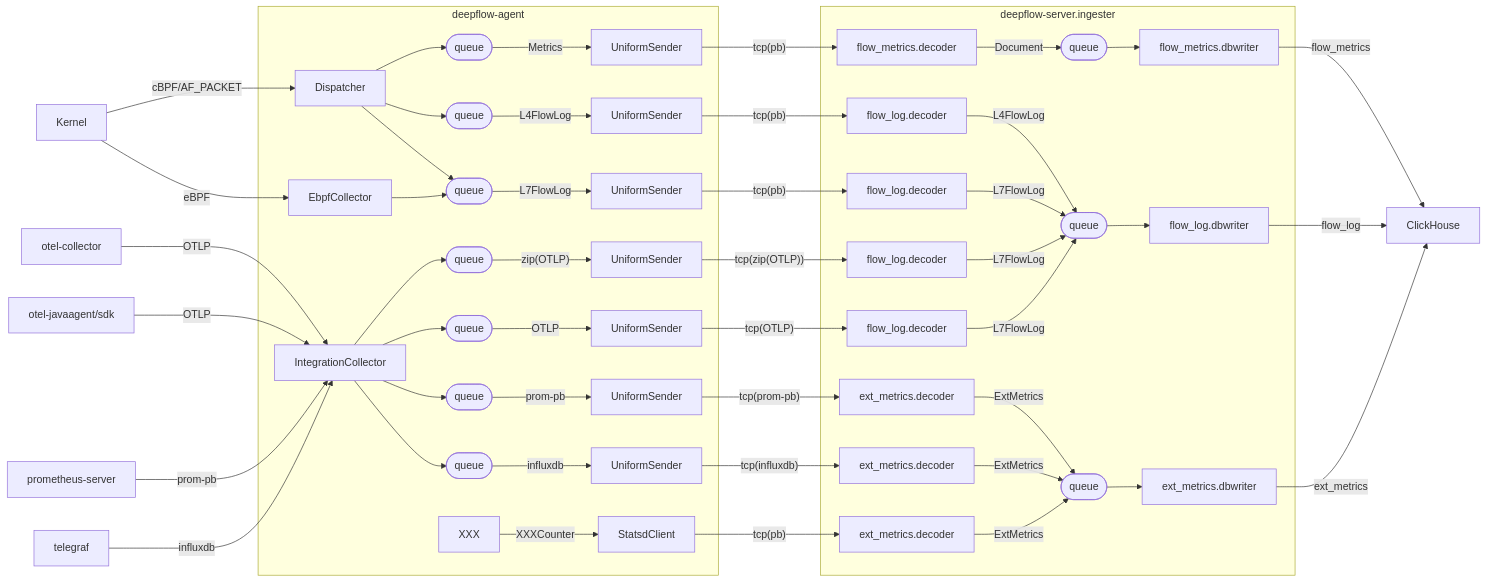
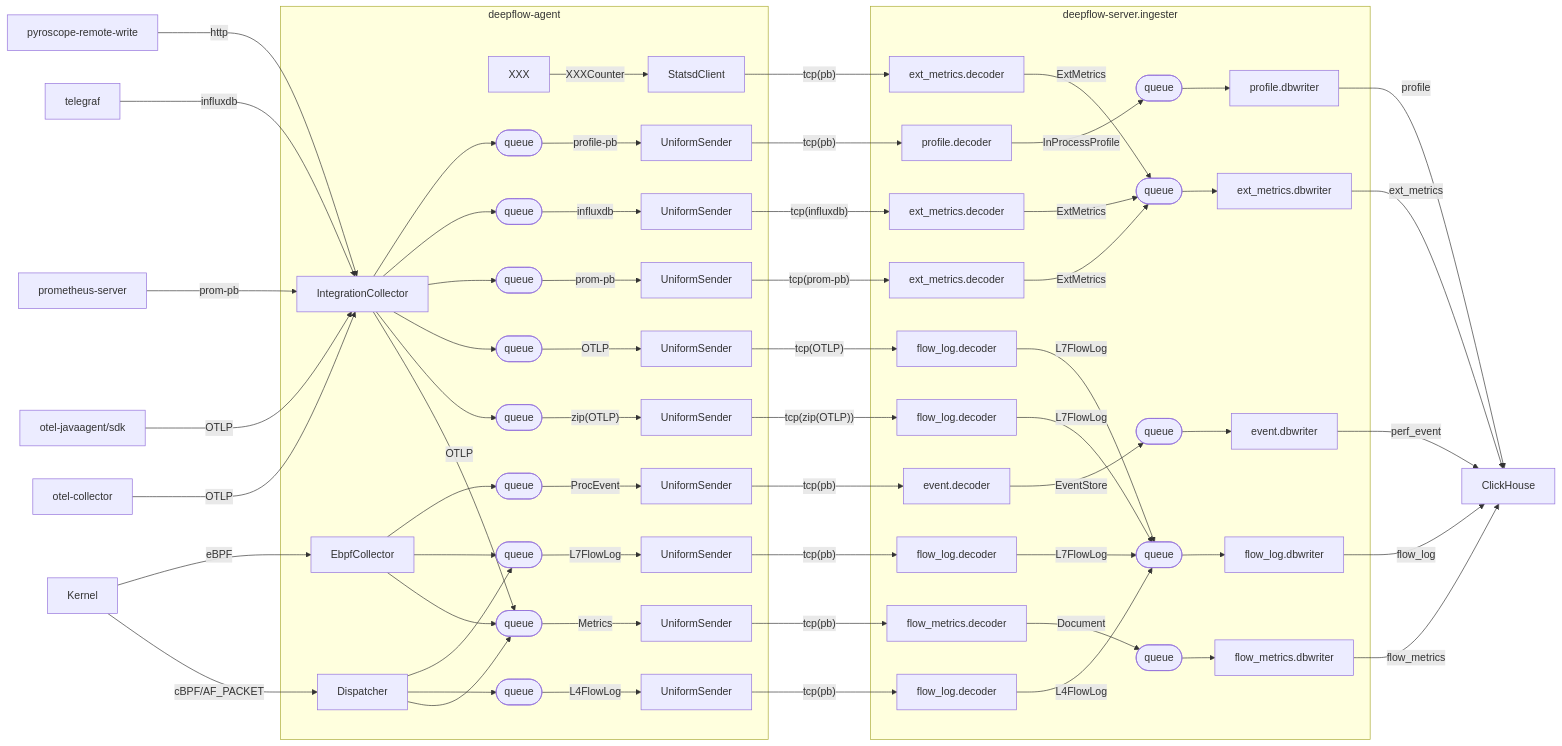
The first of 6 diagrams in docs/design/data-flow.md (deepflowio/deepflow), drawn with Mermaid before and after one commit.

Commit message:
[DOC] change dataflow doc

````diff
--- a/docs/design/data-flow.md
+++ b/docs/design/data-flow.md
@@ -18,6 +18,8 @@
   agent.queue.5(["queue"])
   agent.queue.6(["queue"])
   agent.queue.7(["queue"])
+  agent.queue.8(["queue"])
+  agent.queue.9(["queue"])
   UniformSender.1["UniformSender"]
   UniformSender.2["UniformSender"]
   UniformSender.3["UniformSender"]
@@ -25,6 +27,8 @@
   UniformSender.5["UniformSender"]
   UniformSender.6["UniformSender"]
   UniformSender.7["UniformSender"]
+  UniformSender.8["UniformSender"]
+  UniformSender.9["UniformSender"]
 end
 
 subgraph deepflow-server.ingester
@@ -36,12 +40,18 @@
   ext_metrics.decoder.1["ext_metrics.decoder"]
   ext_metrics.decoder.2["ext_metrics.decoder"]
   ext_metrics.decoder.3["ext_metrics.decoder"]
+  event.decoder["event.decoder"]
+  profile.decoder["profile.decoder"]
   ingester.queue.1(["queue"])
   ingester.queue.2(["queue"])
   ingester.queue.3(["queue"])
+  ingester.queue.4(["queue"])
+  ingester.queue.5(["queue"])
   flow_metrics.dbwriter
   flow_log.dbwriter
   ext_metrics.dbwriter
+  event.dbwriter
+  profile.dbwriter
 end
 
 Kernel -->|cBPF/AF_PACKET| Dispatcher
@@ -50,21 +60,28 @@
 Dispatcher --> agent.queue.3 -->|L7FlowLog| UniformSender.3 -->|"tcp(pb)"| flow_log.decoder.2 -->|L7FlowLog| ingester.queue.2
 
 Kernel -->|eBPF| EbpfCollector
+EbpfCollector --> agent.queue.1
 EbpfCollector --> agent.queue.3
+EbpfCollector --> agent.queue.8 -->|ProcEvent| UniformSender.8 -->|"tcp(pb)"| event.decoder -->|EventStore| ingester.queue.4 --> event.dbwriter
 
 otel-collector -->|OTLP| IntegrationCollector
 otel-javaagent/sdk -->|OTLP| IntegrationCollector
+IntegrationCollector -->|OTLP| agent.queue.1
 IntegrationCollector --> agent.queue.4 -->|"zip(OTLP)"| UniformSender.4 -->|"tcp(zip(OTLP))"| flow_log.decoder.3 -->|L7FlowLog| ingester.queue.2
 IntegrationCollector --> agent.queue.5 -->|OTLP| UniformSender.5 -->|"tcp(OTLP)"| flow_log.decoder.4 -->|L7FlowLog| ingester.queue.2
 
 prometheus-server -->|prom-pb| IntegrationCollector
 telegraf -->|influxdb| IntegrationCollector
+pyroscope-remote-write -->|http| IntegrationCollector
 IntegrationCollector --> agent.queue.6 -->|prom-pb| UniformSender.6 -->|"tcp(prom-pb)"| ext_metrics.decoder.1 -->|ExtMetrics| ingester.queue.3 --> ext_metrics.dbwriter
 IntegrationCollector --> agent.queue.7 -->|influxdb| UniformSender.7 -->|"tcp(influxdb)"| ext_metrics.decoder.2 -->|ExtMetrics| ingester.queue.3
+IntegrationCollector --> agent.queue.9 -->|profile-pb| UniformSender.9 -->|"tcp(pb)"| profile.decoder -->|InProcessProfile| ingester.queue.5 --> profile.dbwriter
 
 XXX -->|XXXCounter| StatsdClient -->|"tcp(pb)"| ext_metrics.decoder.3 -->|ExtMetrics| ingester.queue.3
 
 flow_metrics.dbwriter -->|flow_metrics| ClickHouse
 flow_log.dbwriter -->|flow_log| ClickHouse
 ext_metrics.dbwriter -->|ext_metrics| ClickHouse
+event.dbwriter -->|perf_event| ClickHouse
+profile.dbwriter -->|profile| ClickHouse
 ```
````
